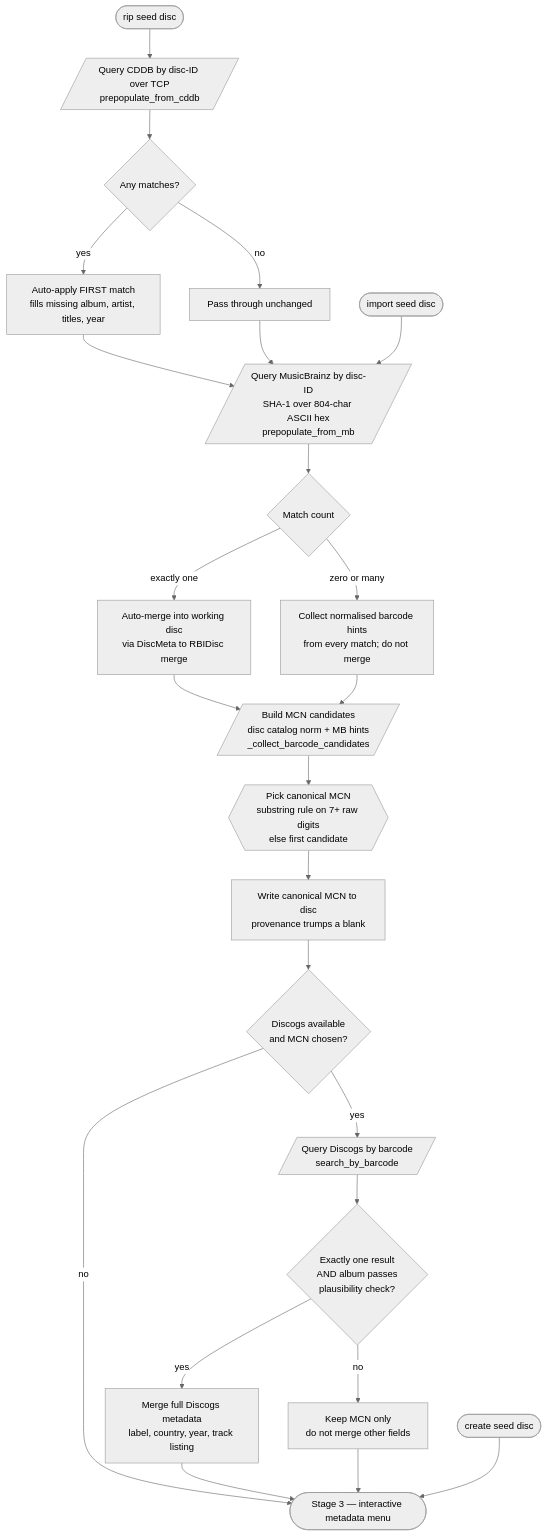
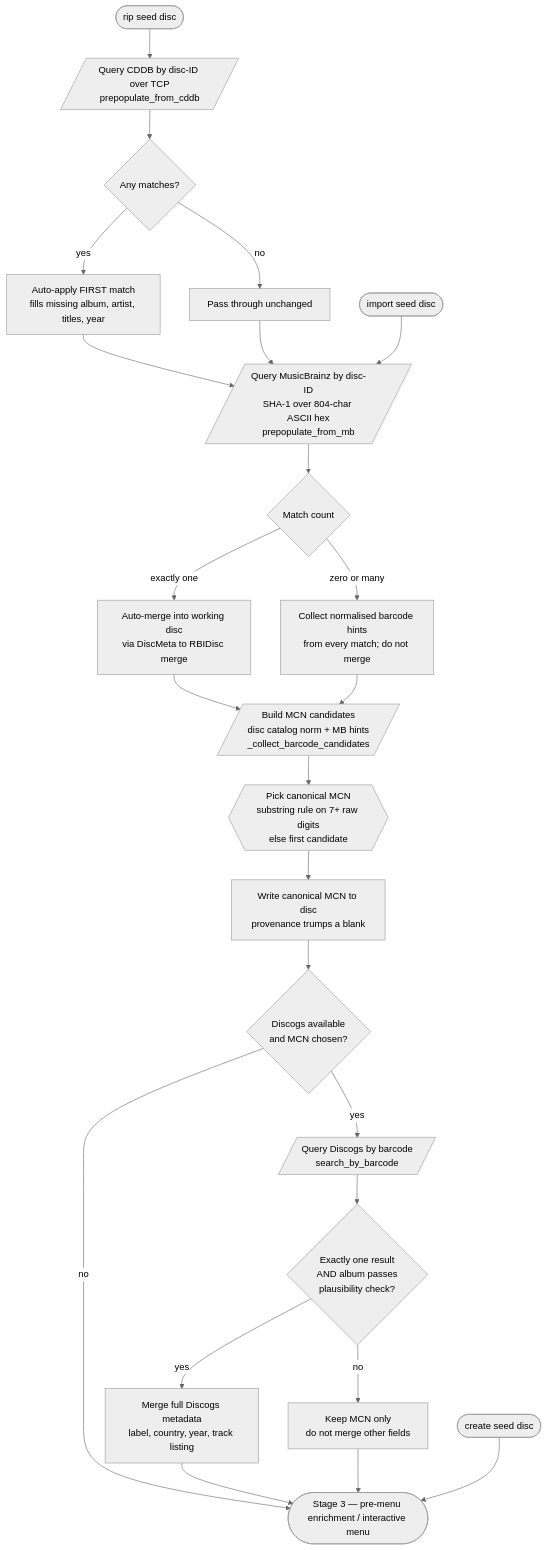
One commit to HomerSlated/cdda2img changed the second of 5 diagrams in docs/flow/metadata-pipeline.md. Above: the diagram before and after it, drawn with Mermaid (neutral theme). The commit also changed other lines of this file and 11 other files, not shown here.

````diff
--- a/docs/flow/metadata-pipeline.md
+++ b/docs/flow/metadata-pipeline.md
@@ -145,34 +172,34 @@
 ```mermaid
 flowchart TD
     rip_seed_in([rip seed disc])
     import_seed_in([import seed disc])
     create_seed_in([create seed disc])
 
     rip_seed_in --> cddb_query[/Query CDDB by disc-ID over TCP<br/>prepopulate_from_cddb/]
     cddb_query --> cddb_gate{Any matches?}
     cddb_gate -- yes --> cddb_apply[Auto-apply FIRST match<br/>fills missing album, artist, titles, year]
     cddb_gate -- no --> cddb_pass[Pass through unchanged]
     cddb_apply --> mb_query
     cddb_pass --> mb_query
 
     import_seed_in --> mb_query[/Query MusicBrainz by disc-ID<br/>SHA-1 over 804-char ASCII hex<br/>prepopulate_from_mb/]
     mb_query --> mb_count{Match count}
     mb_count -- exactly one --> mb_apply[Auto-merge into working disc<br/>via DiscMeta to RBIDisc merge]
     mb_count -- zero or many --> mb_collect[Collect normalised barcode hints<br/>from every match; do not merge]
     mb_apply --> dg_step
     mb_collect --> dg_step
 
     dg_step[/Build MCN candidates<br/>disc catalog norm + MB hints<br/>_collect_barcode_candidates/]
     dg_step --> dg_pick{{Pick canonical MCN<br/>substring rule on 7+ raw digits<br/>else first candidate}}
     dg_pick --> dg_write[Write canonical MCN to disc<br/>provenance trumps a blank]
     dg_write --> dg_search{Discogs available<br/>and MCN chosen?}
     dg_search -- no --> menu_in
     dg_search -- yes --> dg_query[/Query Discogs by barcode<br/>search_by_barcode/]
     dg_query --> dg_gate{Exactly one result<br/>AND album passes<br/>plausibility check?}
     dg_gate -- yes --> dg_merge[Merge full Discogs metadata<br/>label, country, year, track listing]
     dg_gate -- no --> dg_keep[Keep MCN only<br/>do not merge other fields]
     dg_merge --> menu_in
     dg_keep --> menu_in
 
-    create_seed_in --> menu_in([Stage 3 — interactive metadata menu])
+    create_seed_in --> menu_in([Stage 3 — pre-menu enrichment / interactive menu])
 ```
````
